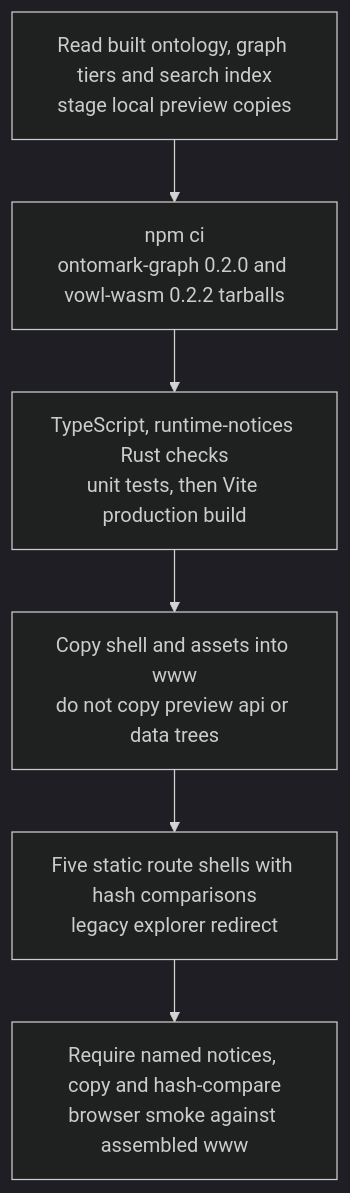
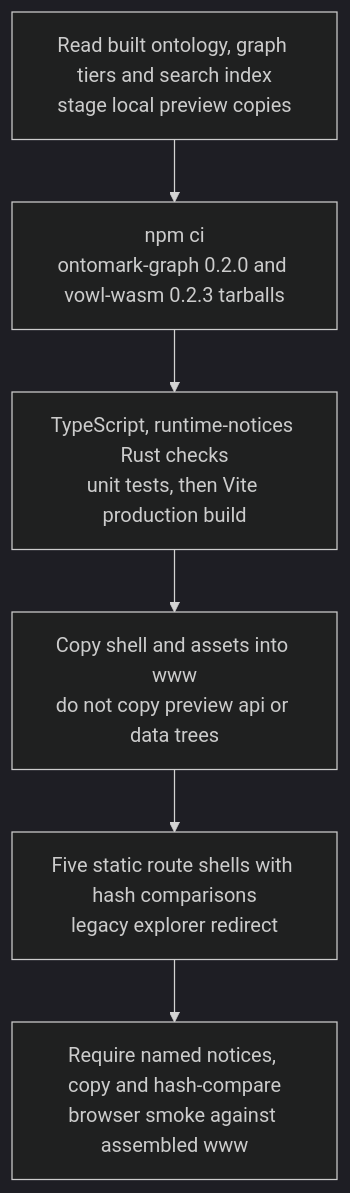
One commit to DreamLab-AI/VisionFlow changed the second of 4 diagrams in docs/diagrams/visiongraph/03-publish-pipeline-and-explorer-build.md. Above: the diagram before and after it, drawn with Mermaid (dark theme). The commit also changed other lines of this file and 49 other files, not shown here.

First line of the commit message:
docs(diagrams): re-derive and re-stamp VisionClaw, estate, knowledge-graph, visionGraph, VisionFlow and sidestr topics

````diff
--- a/docs/diagrams/visiongraph/03-publish-pipeline-and-explorer-build.md
+++ b/docs/diagrams/visiongraph/03-publish-pipeline-and-explorer-build.md
@@ -61,18 +61,18 @@
 ```mermaid
 flowchart TB
     INPUT["Read built ontology, graph tiers and search index<br/>stage local preview copies"]
-    DEPS["npm ci<br/>ontomark-graph 0.2.0 and vowl-wasm 0.2.2 tarballs"]
+    DEPS["npm ci<br/>ontomark-graph 0.2.0 and vowl-wasm 0.2.3 tarballs"]
     CHECK["TypeScript, runtime-notices Rust checks<br/>unit tests, then Vite production build"]
     COPY["Copy shell and assets into www<br/>do not copy preview api or data trees"]
     ROUTES["Five static route shells with hash comparisons<br/>legacy explorer redirect"]
     NOTICE["Require named notices, copy and hash-compare<br/>browser smoke against assembled www"]
     INPUT --> DEPS --> CHECK --> COPY --> ROUTES --> NOTICE
-    %% Source: .github/workflows/publish.yml:421
+    %% Source: .github/workflows/publish.yml:430
     %% Source: publishing-tools/WasmVOWL/modern/package.json:24
-    %% Source: .github/workflows/publish.yml:430
-    %% Source: .github/workflows/publish.yml:441
-    %% Source: .github/workflows/publish.yml:455
+    %% Source: .github/workflows/publish.yml:439
+    %% Source: .github/workflows/publish.yml:450
     %% Source: .github/workflows/publish.yml:464
-    %% Source: .github/workflows/publish.yml:477
-    %% Source: .github/workflows/publish.yml:492
+    %% Source: .github/workflows/publish.yml:473
+    %% Source: .github/workflows/publish.yml:486
+    %% Source: .github/workflows/publish.yml:501
 ```
````
